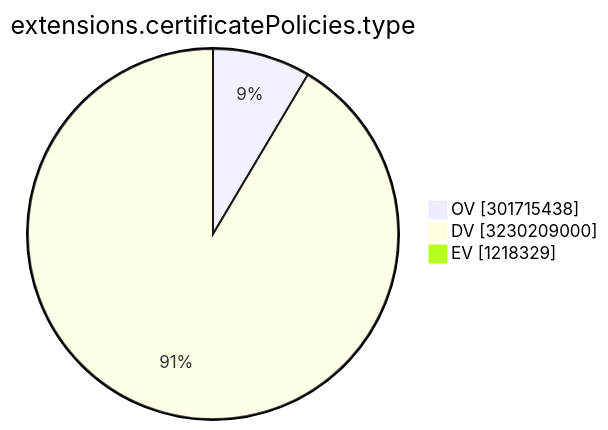
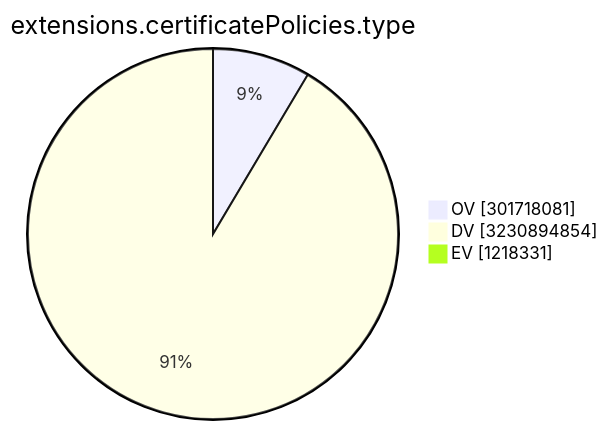
Before and after one commit to christiankrug/ctmonitor_visualization: the ninth of 15 diagrams in TOTAL/README.md, drawn with Mermaid. The commit also changed other lines of this file, not shown here.

````diff
--- a/TOTAL/README.md
+++ b/TOTAL/README.md
@@ -3107,7 +3107,7 @@
 ```mermaid
 pie showData
 title extensions.certificatePolicies.type
-"OV" :301715438
-"DV" :3230209000
-"EV" :1218329
+"OV" :301718081
+"DV" :3230894854
+"EV" :1218331
 ```
````
